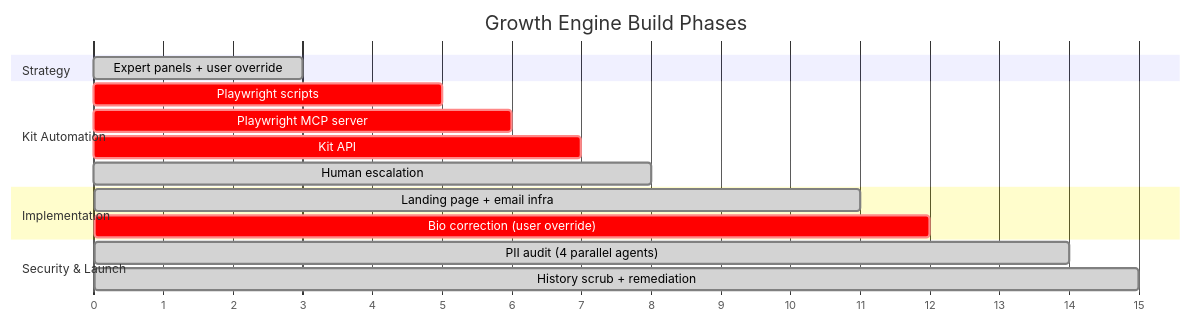
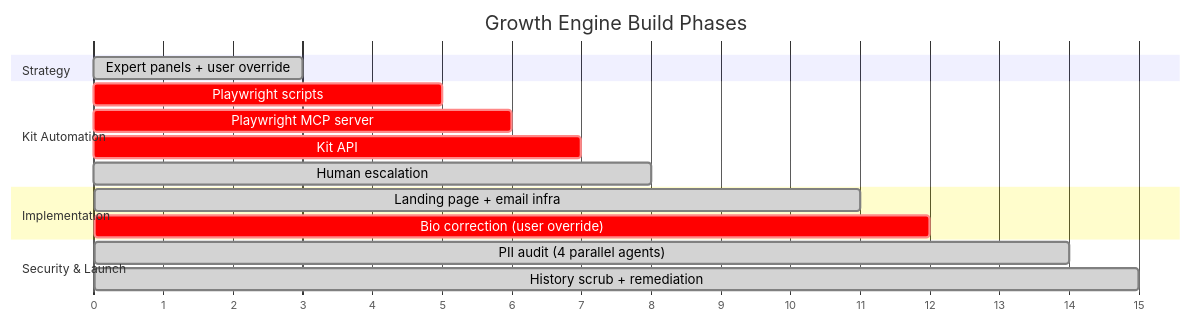
One commit to danielmeppiel/agentic-sdlc-handbook changed the first of 3 diagrams in case-study-growth-engine.qmd. Above: the diagram before and after it, drawn with Mermaid. The commit also changed other lines of this file and 20 other files, not shown here.

First line of the commit message:
feat: add accessibility metadata and consistent theme to all 35 diagrams

````diff
--- a/case-study-growth-engine.qmd
+++ b/case-study-growth-engine.qmd
@@ -29,24 +29,32 @@
 ```{mermaid}
 %%| fig-width: 4.5
+%%| fig-cap: "Growth engine implementation timeline"
+%%| fig-alt: "Gantt chart showing four phases of growth engine implementation. Strategy phase: Expert panels plus user override spanning units 0 to 3. Kit Automation phase: Playwright scripts (critical, units 3 to 5), Playwright MCP server (critical, units 5 to 6), Kit API (critical, units 6 to 7), and Human escalation (done, units 7 to 8). Implementation phase: Landing page plus email infrastructure (done, units 8 to 11) and Bio correction via user override (critical, units 11 to 12). Security and Launch phase: PII audit with 4 parallel agents (done, units 12 to 14) and History scrub plus remediation (done, units 14 to 15)."
+%%| label: fig-cs-growth-timeline
+---
+config:
+  gantt:
+    fontSize: 12
+---
 gantt
     title Growth Engine Build Phases
     dateFormat X
     axisFormat %s
 
     section Strategy
     Expert panels + user override    :done, s1, 0, 3
 
     section Kit Automation
     Playwright scripts               :crit, k1, 3, 5
     Playwright MCP server            :crit, k2, 5, 6
     Kit API                          :crit, k3, 6, 7
     Human escalation                 :done, k4, 7, 8
 
     section Implementation
     Landing page + email infra       :done, l1, 8, 11
     Bio correction (user override)   :crit, l2, 11, 12
 
     section Security & Launch
     PII audit (4 parallel agents)    :done, a1, 12, 14
     History scrub + remediation      :done, a2, 14, 15
 ```
````
